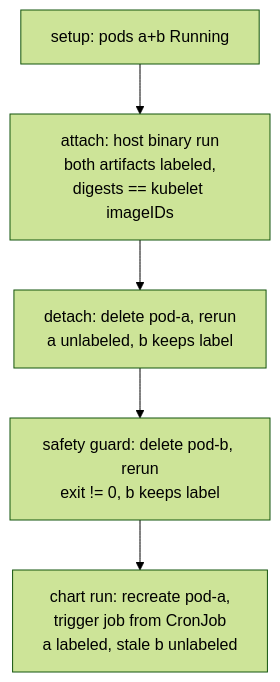
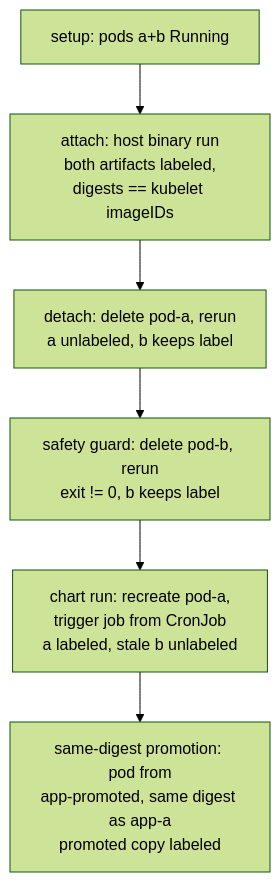
The second of 2 diagrams in e2e/README.md (fosskar/harbor-labeler), drawn with Mermaid (forest theme) before and after one commit. The commit also changed other lines of this file and 2 other files, not shown here.

First line of the commit message:
e2e: cover same-digest promotion via spec-aware discovery

````diff
--- a/e2e/README.md
+++ b/e2e/README.md
@@ -57,7 +57,8 @@
 ```mermaid
 flowchart TD
   S[setup: pods a+b Running] --> A[attach: host binary run<br/>both artifacts labeled,<br/>digests == kubelet imageIDs]
   A --> D[detach: delete pod-a, rerun<br/>a unlabeled, b keeps label]
   D --> G[safety guard: delete pod-b, rerun<br/>exit != 0, b keeps label]
   G --> CH[chart run: recreate pod-a,<br/>trigger job from CronJob<br/>a labeled, stale b unlabeled]
+  CH --> P[same-digest promotion: pod from<br/>app-promoted, same digest as app-a<br/>promoted copy labeled]
 ```
````
